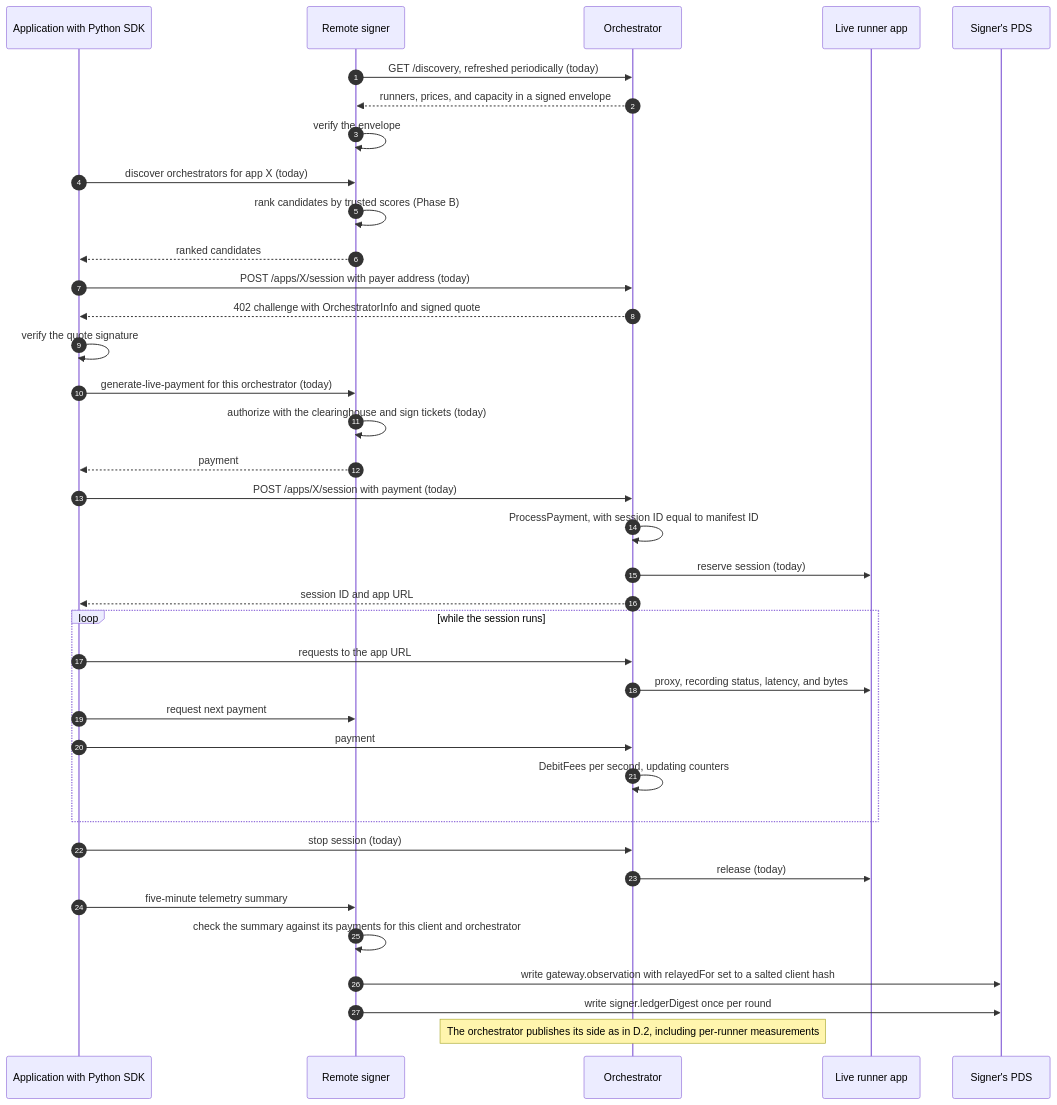
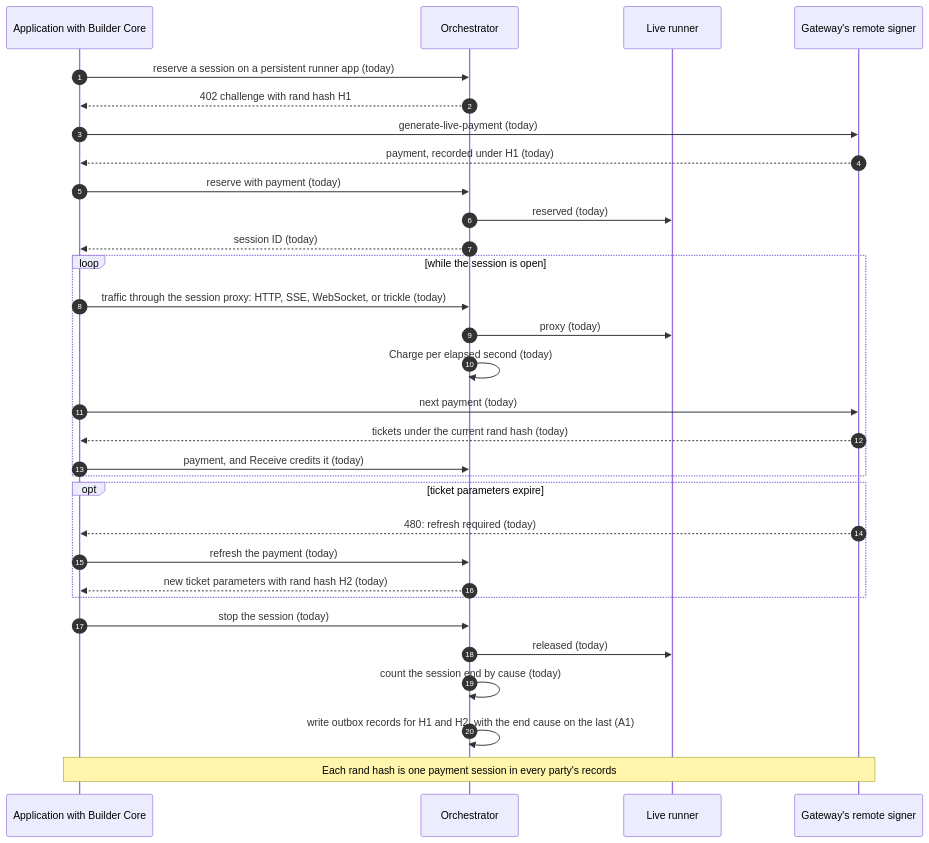
One commit to Cloud-SPE/Livepeer-AT-Protocol changed the third of 8 diagrams in appendix-d-sequence-diagrams.md. Above: the diagram before and after it, drawn with Mermaid. The commit also changed other lines of this file and 6 other files, not shown here.

````diff
--- a/appendix-d-sequence-diagrams.md
+++ b/appendix-d-sequence-diagrams.md
@@ -85,40 +119,34 @@
 ```mermaid
 sequenceDiagram
   autonumber
-  participant App as Application with Python SDK
-  participant S as Remote signer
+  participant App as Application with Builder Core
   participant O as Orchestrator
-  participant R as Live runner app
-  participant SP as Signer's PDS
+  participant R as Live runner
+  participant S as Gateway's remote signer
 
-  S->>O: GET /discovery, refreshed periodically (today)
-  O-->>S: runners, prices, and capacity in a signed envelope
-  S->>S: verify the envelope
-  App->>S: discover orchestrators for app X (today)
-  S->>S: rank candidates by trusted scores (Phase B)
-  S-->>App: ranked candidates
-  App->>O: POST /apps/X/session with payer address (today)
-  O-->>App: 402 challenge with OrchestratorInfo and signed quote
-  App->>App: verify the quote signature
-  App->>S: generate-live-payment for this orchestrator (today)
-  S->>S: authorize with the clearinghouse and sign tickets (today)
-  S-->>App: payment
-  App->>O: POST /apps/X/session with payment (today)
-  O->>O: ProcessPayment, with session ID equal to manifest ID
-  O->>R: reserve session (today)
-  O-->>App: session ID and app URL
-  loop while the session runs
-    App->>O: requests to the app URL
-    O->>R: proxy, recording status, latency, and bytes
-    App->>S: request next payment
-    App->>O: payment
-    O->>O: DebitFees per second, updating counters
+  App->>O: reserve a session on a persistent runner app (today)
+  O-->>App: 402 challenge with rand hash H1
+  App->>S: generate-live-payment (today)
+  S-->>App: payment, recorded under H1 (today)
+  App->>O: reserve with payment (today)
+  O->>R: reserved (today)
+  O-->>App: session ID (today)
+  loop while the session is open
+    App->>O: traffic through the session proxy: HTTP, SSE, WebSocket, or trickle (today)
+    O->>R: proxy (today)
+    O->>O: Charge per elapsed second (today)
+    App->>S: next payment (today)
+    S-->>App: tickets under the current rand hash (today)
+    App->>O: payment, and Receive credits it (today)
   end
-  App->>O: stop session (today)
-  O->>R: release (today)
-  App->>S: five-minute telemetry summary
-  S->>S: check the summary against its payments for this client and orchestrator
-  S->>SP: write gateway.observation with relayedFor set to a salted client hash
-  S->>SP: write signer.ledgerDigest once per round
-  Note over O: The orchestrator publishes its side as in D.2, including per-runner measurements
+  opt ticket parameters expire
+    S-->>App: 480: refresh required (today)
+    App->>O: refresh the payment (today)
+    O-->>App: new ticket parameters with rand hash H2 (today)
+  end
+  App->>O: stop the session (today)
+  O->>R: released (today)
+  O->>O: count the session end by cause (today)
+  O->>O: write outbox records for H1 and H2, with the end cause on the last (A1)
+  Note over App,S: Each rand hash is one payment session in every party's records
 ```
````
